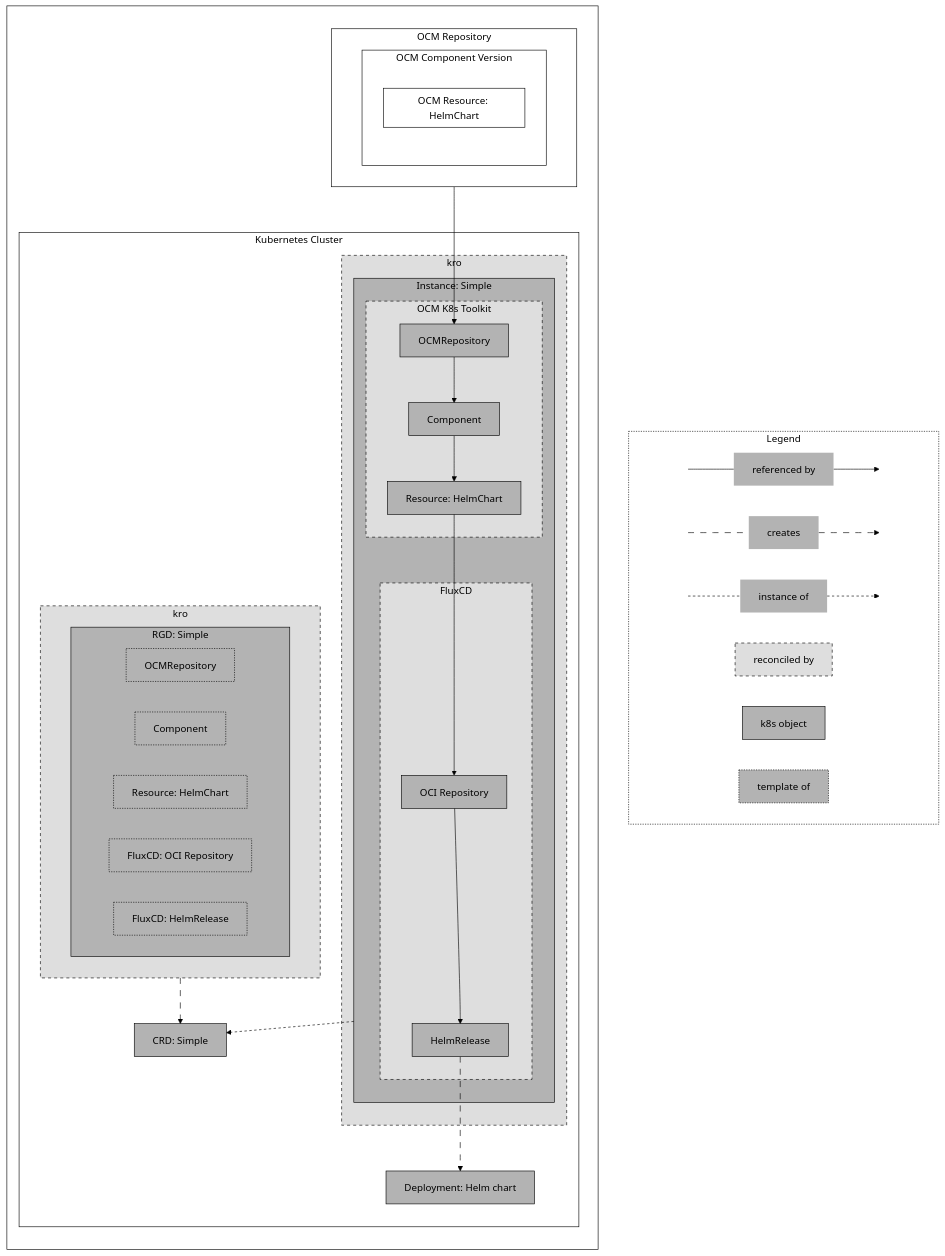
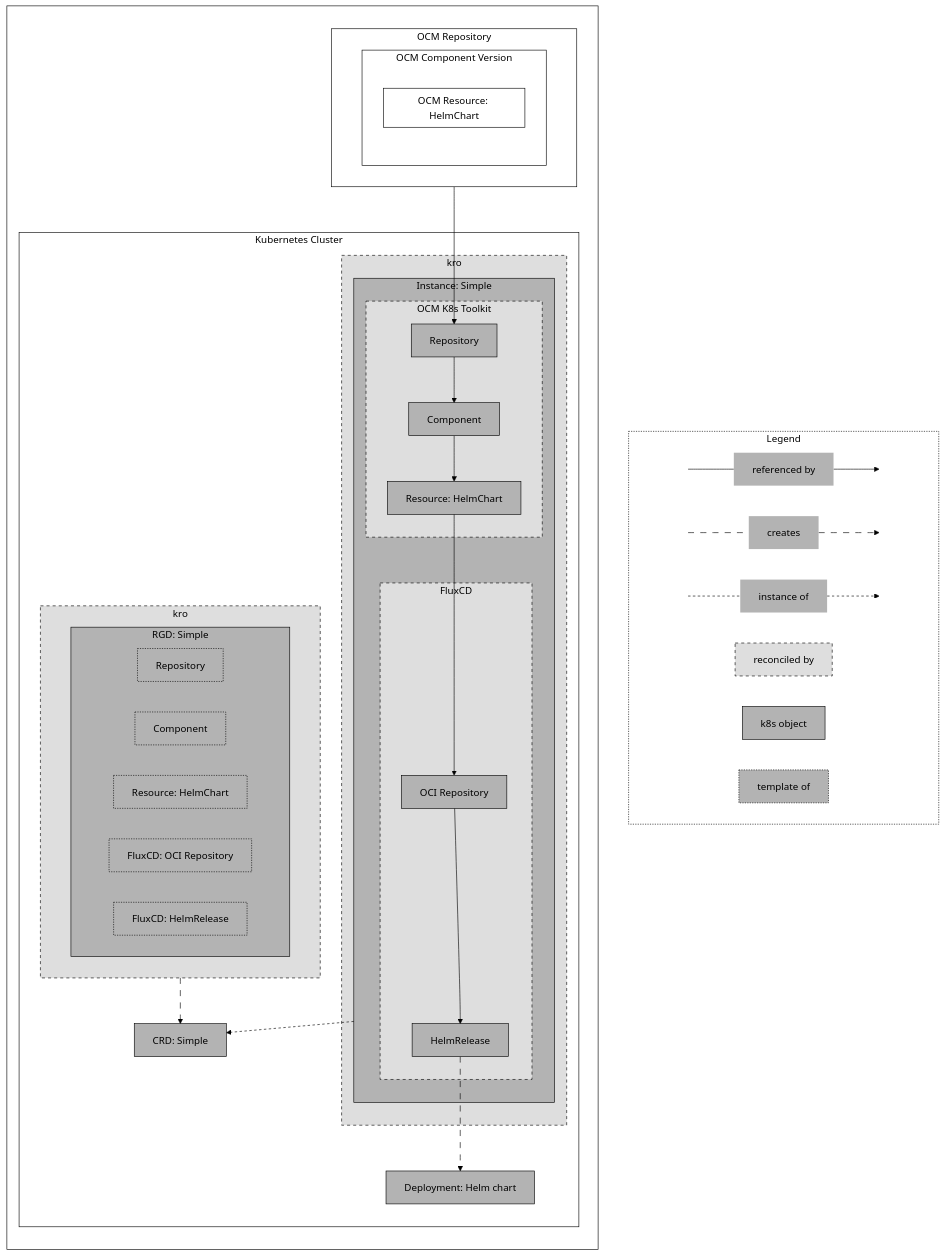
The diagram in README.md (open-component-model/ocm-k8s-toolkit), drawn with Mermaid (neutral theme) before and after one commit. The commit also changed other lines of this file and 52 other files, not shown here.

First line of the commit message:
chore!: rename OCMRepository to Repository (#245)

````diff
--- a/README.md
+++ b/README.md
@@ -43,72 +43,72 @@
 ```mermaid
 flowchart TB
     classDef cluster fill:white,color:black,stroke:black;
     classDef reconciledBy fill:#dedede,stroke:black,stroke-dasharray: 5,color:black;
     classDef k8sObject fill:#b3b3b3,color:black,stroke:black;
     classDef information fill:#b3b3b3,color:black,stroke:black,stroke-dasharray: 2;
     classDef ocm fill:white,stroke:black,color:black;
     classDef legendStyle fill:white,stroke:black,color:black,stroke-dasharray: 2;
     classDef legendStartEnd height:0px;
     classDef legendItems fill:#b3b3b3,stroke:none,color:black;
 
     subgraph legend[Legend]
         start1[ ] ---references[referenced by] --> end1[ ]
         start2[ ] -.-creates -.-> end2[ ]
         start3[ ] ---instanceOf[instance of] --> end3[ ]
         start4[ ] ~~~reconciledBy[reconciled by] ~~~ end4[ ]
         start5[ ] ~~~k8sObject[k8s object] ~~~ end5[ ]
         start6[ ] ~~~templateOf[template of] ~~~ end6[ ]
     end
 
     subgraph background[ ]
         direction TB
 
         subgraph ocmRepo[OCM Repository]
            subgraph ocmCV[OCM Component Version]
                subgraph ocmResource[OCM Resource: HelmChart]
                end
            end
         end
 
         subgraph k8sCluster[Kubernetes Cluster]
             subgraph kroRGD[kro]
                 subgraph rgd[RGD: Simple]
                     direction LR
-                    rgdOCMRepository[OCMRepository]
+                    rgdRepository[Repository]
                     rgdComponent[Component]
                     rgdResourceHelm[Resource: HelmChart]
                     rgdSource[FluxCD: OCI Repository]
                     rgdHelmRelease[FluxCD: HelmRelease]
                 end
             end
             subgraph kroInstance[kro]
                 subgraph instanceSimple[Instance: Simple]
                     subgraph ocmK8sToolkit[OCM K8s Toolkit]
-                        k8sRepo[OCMRepository] --> k8sComponent[Component] --> k8sResource[Resource: HelmChart]
+                        k8sRepo[Repository] --> k8sComponent[Component] --> k8sResource[Resource: HelmChart]
                     end
                     subgraph fluxCD[FluxCD]
                         source[OCI Repository] --> helmRelease[HelmRelease]
                     end
                     k8sResource --> source
                 end
             end
             kroRGD & instanceSimple --> crdSimple[CRD: Simple]
             helmRelease --> deployment[Deployment: Helm chart]
         end
 
         ocmRepo --> k8sRepo
     end
 
     linkStyle default fill:none,stroke:black;
     linkStyle 2,3,16,18 stroke:black,stroke-dasharray: 10;
     linkStyle 4,5,17 stroke:black,stroke-dasharray: 4;
 
     class start1,end1,start2,end2,start3,end3,start4,end4,start5,end5,start6,end6 legendStartEnd;
     class references,creates,instanceOf legendItems;
-    class templateOf,rgdOCMRepository,rgdComponent,rgdResourceHelm,rgdSource,rgdHelmRelease information;
+    class templateOf,rgdRepository,rgdComponent,rgdResourceHelm,rgdSource,rgdHelmRelease information;
     class reconciledBy,ocmK8sToolkit,fluxCD,kroRGD,kroInstance reconciledBy;
     class k8sObject,rgd,k8sRepo,k8sComponent,k8sResource,source,helmRelease,deployment,crdSimple,instanceSimple k8sObject;
     class ocmRepo,ocmCV,ocmResource ocm;
     class k8sCluster cluster;
     class legend legendStyle;
 ```
````
